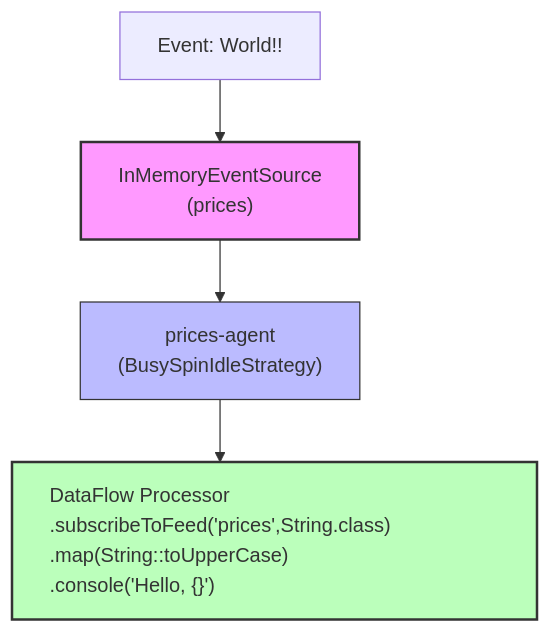
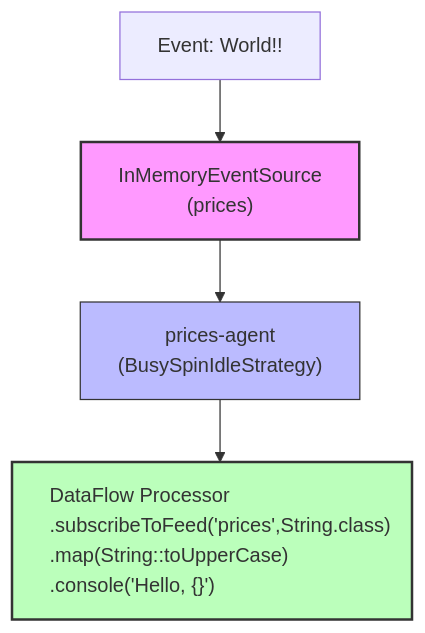
One commit to telaminai/mongoose-examples changed the diagram in gettting-started/stream-programming-tutorial/README.md. Above: the diagram before and after it, drawn with Mermaid.

Commit message:
Fixed formatting in `StreamProgrammingTutorial` README for better readability.

````diff
--- a/gettting-started/stream-programming-tutorial/README.md
+++ b/gettting-started/stream-programming-tutorial/README.md
@@ -25,29 +25,29 @@
 ```mermaid
 flowchart TD
     %% Event Source
     prices["InMemoryEventSource<br>(prices)"]
 
     %% Agent
     pricesAgent["prices-agent<br>(BusySpinIdleStrategy)"]
 
     %% DataFlow Processor
     df["DataFlow Processor<br>.subscribeToFeed('prices',String.class)<br>.map(String::toUpperCase)<br>.console('Hello, {}')"]
 
     %% Connections
     prices --> pricesAgent
     pricesAgent --> df
 
     %% Example event
     ev1["Event: World!!"] --> prices
 
     %% Styling
     classDef source fill:#f9f,stroke:#333,stroke-width:2px
     classDef agent fill:#bbf,stroke:#333,stroke-width:1px
     classDef handler fill:#bfb,stroke:#333,stroke-width:2px
     class prices source
     class pricesAgent agent
     class df handler
 
     %% Force wider DataFlow Processor box
-    style df width:420px, text-align:left
+    style df width:320px, text-align:left
 ```
````
